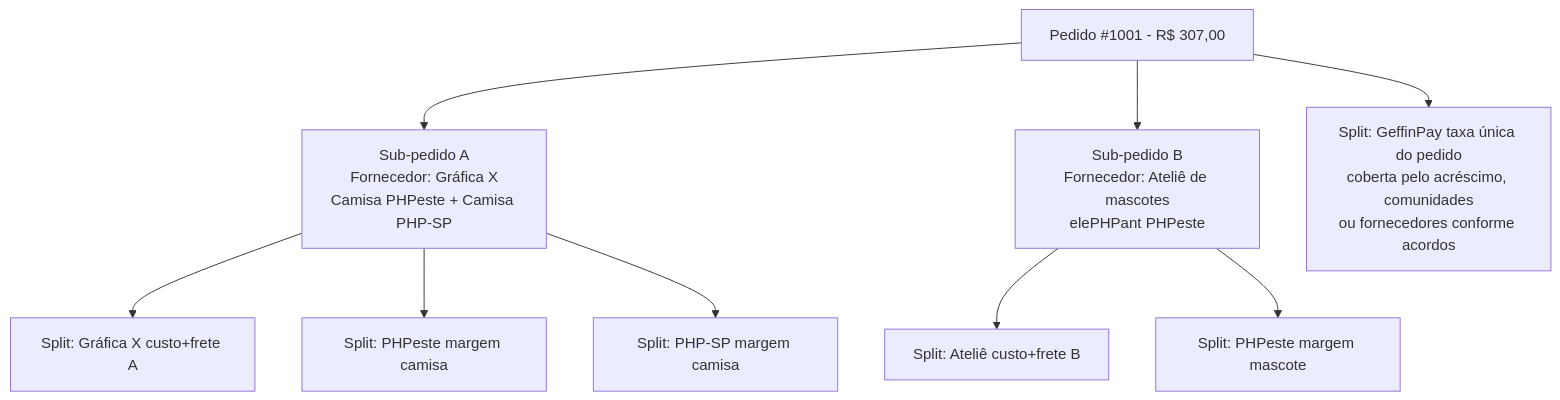
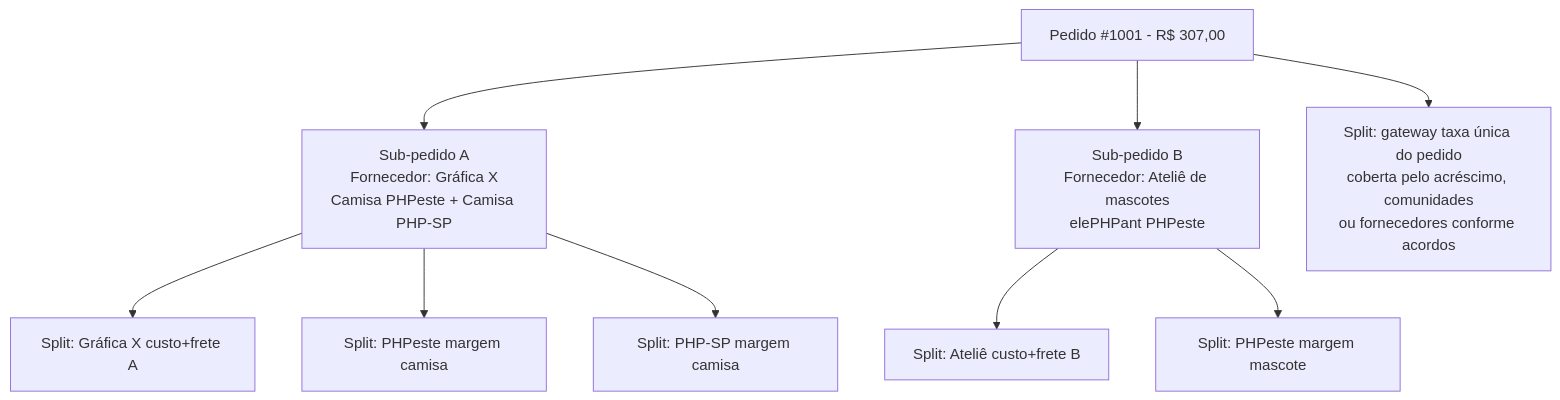
The fifth of 29 diagrams in modelo-de-negocios.md (BdsOliveira/loja-tech-brasil), drawn with Mermaid before and after one commit. The commit also changed other lines of this file, not shown here.

Commit message:
docs: substitui marca do gateway de pagamento por termo genérico

````diff
--- a/modelo-de-negocios.md
+++ b/modelo-de-negocios.md
@@ -359,11 +359,11 @@
 ```mermaid
 flowchart TB
     P[Pedido #1001 - R$ 307,00] --> SP1[Sub-pedido A<br/>Fornecedor: Gráfica X<br/>Camisa PHPeste + Camisa PHP-SP]
     P --> SP2[Sub-pedido B<br/>Fornecedor: Ateliê de mascotes<br/>elePHPant PHPeste]
     SP1 --> S1[Split: Gráfica X custo+frete A]
     SP1 --> S2[Split: PHPeste margem camisa]
     SP1 --> S3[Split: PHP-SP margem camisa]
     SP2 --> S4[Split: Ateliê custo+frete B]
     SP2 --> S5[Split: PHPeste margem mascote]
-    P --> S6[Split: GeffinPay taxa única do pedido<br/>coberta pelo acréscimo, comunidades<br/>ou fornecedores conforme acordos]
+    P --> S6[Split: gateway taxa única do pedido<br/>coberta pelo acréscimo, comunidades<br/>ou fornecedores conforme acordos]
 ```
````
